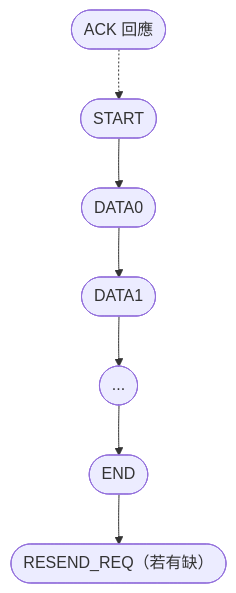
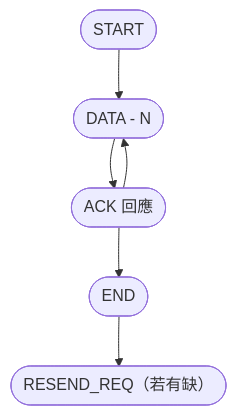
Before and after one commit to xunqun/flutter_data_serial: the diagram in README.md, drawn with Mermaid.

````diff
--- a/README.md
+++ b/README.md
@@ -44,14 +44,15 @@
 ```mermaid
 flowchart TD
     Start([START])
-    Data0([DATA0])
-    Data1([DATA1])
-    Dots([...])
+    Datan([DATA - N])
+
     End([END])
     Ack([ACK 回應])
     Resend([RESEND_REQ（若有缺）])
 
-    Start --> Data0 --> Data1 --> Dots --> End
+    Start --> Datan
+    
+    Datan --> Ack --> Datan
     End --> Resend
-    Ack -.-> Start
+    Ack --> End
 ```
````
